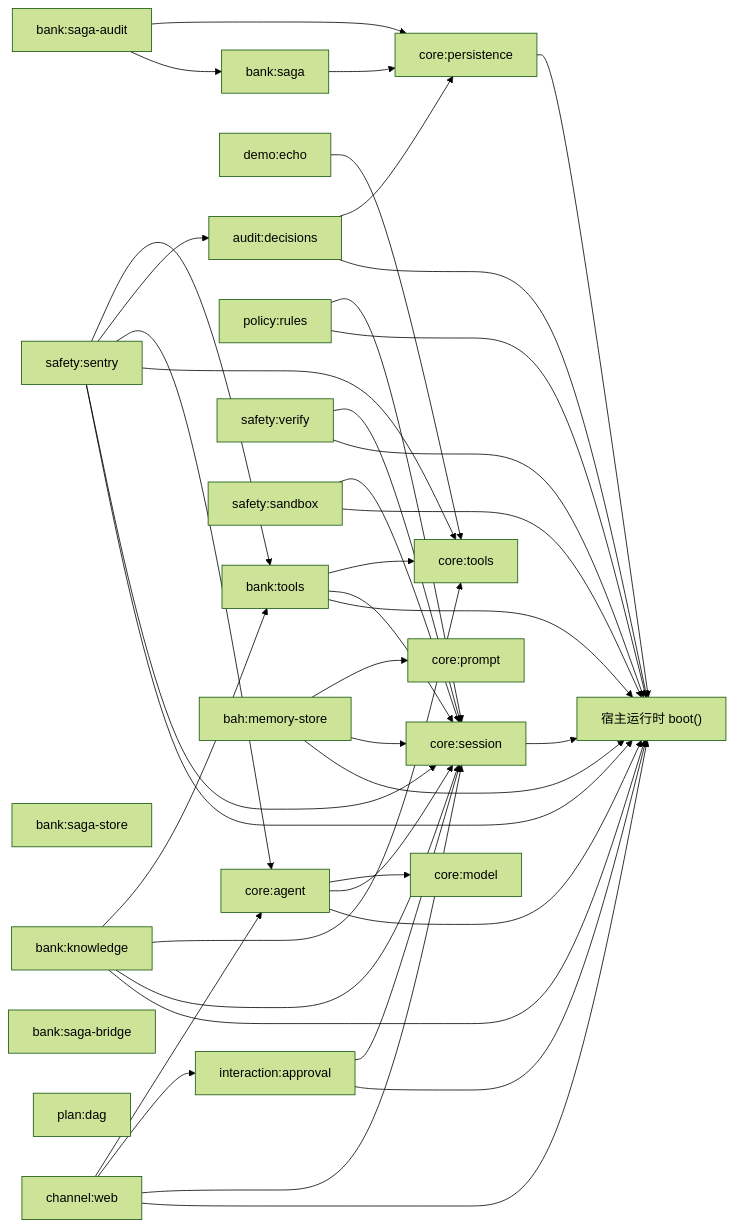
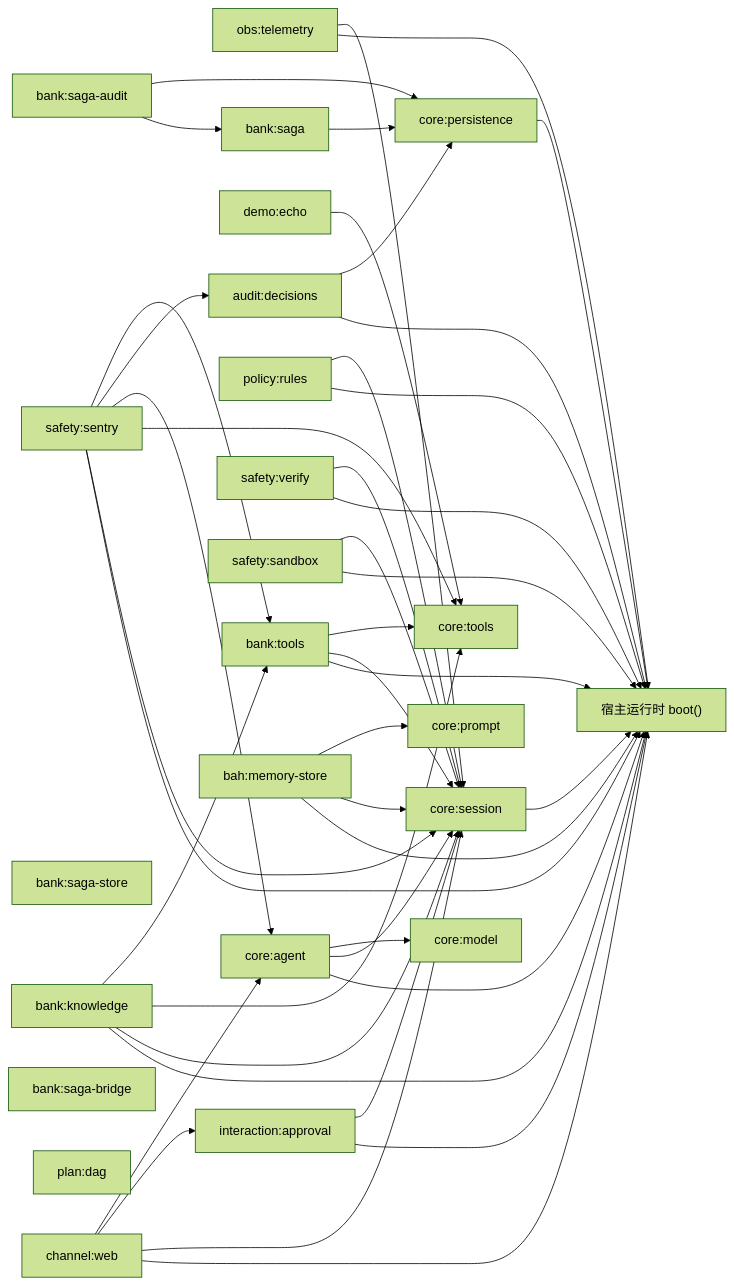
One commit to YYYPROBEE/BAH changed the first of 2 diagrams in docs/architecture.md. Above: the diagram before and after it, drawn with Mermaid (forest theme). The commit also changed other lines of this file and 59 other files, not shown here.

````diff
--- a/docs/architecture.md
+++ b/docs/architecture.md
@@ -76,64 +76,67 @@
 ```mermaid
 graph LR
   p0["core:session"]
-  p1["core:tools"]
-  p2["core:prompt"]
-  p3["core:model"]
-  p4["core:agent"]
-  p5["core:persistence"]
-  p6["audit:decisions"]
-  p7["demo:echo"]
-  p8["bank:tools"]
-  p9["policy:rules"]
-  p10["bank:knowledge"]
-  p11["interaction:approval"]
-  p12["safety:sentry"]
-  p13["safety:verify"]
-  p14["safety:sandbox"]
-  p15["bank:saga-store"]
-  p16["bank:saga"]
-  p17["bank:saga-audit"]
-  p18["bank:saga-bridge"]
-  p19["plan:dag"]
-  p20["bah:memory-store"]
-  p21["channel:web"]
+  p1["obs:telemetry"]
+  p2["core:tools"]
+  p3["core:prompt"]
+  p4["core:model"]
+  p5["core:agent"]
+  p6["core:persistence"]
+  p7["audit:decisions"]
+  p8["demo:echo"]
+  p9["bank:tools"]
+  p10["policy:rules"]
+  p11["bank:knowledge"]
+  p12["interaction:approval"]
+  p13["safety:sentry"]
+  p14["safety:verify"]
+  p15["safety:sandbox"]
+  p16["bank:saga-store"]
+  p17["bank:saga"]
+  p18["bank:saga-audit"]
+  p19["bank:saga-bridge"]
+  p20["plan:dag"]
+  p21["bah:memory-store"]
+  p22["channel:web"]
   p0 --> host["宿主运行时 boot()"]
+  p1 --> host["宿主运行时 boot()"]
+  p1 --> p0
   p10 --> host["宿主运行时 boot()"]
   p10 --> p0
-  p10 --> p1
-  p10 --> p8
   p11 --> host["宿主运行时 boot()"]
   p11 --> p0
+  p11 --> p2
+  p11 --> p9
   p12 --> host["宿主运行时 boot()"]
   p12 --> p0
-  p12 --> p1
-  p12 --> p4
-  p12 --> p6
-  p12 --> p8
   p13 --> host["宿主运行时 boot()"]
   p13 --> p0
+  p13 --> p2
+  p13 --> p5
+  p13 --> p7
+  p13 --> p9
   p14 --> host["宿主运行时 boot()"]
   p14 --> p0
-  p16 --> p5
-  p17 --> p16
-  p17 --> p5
-  p20 --> host["宿主运行时 boot()"]
-  p20 --> p0
-  p20 --> p2
+  p15 --> host["宿主运行时 boot()"]
+  p15 --> p0
+  p17 --> p6
+  p18 --> p17
+  p18 --> p6
   p21 --> host["宿主运行时 boot()"]
   p21 --> p0
-  p21 --> p11
-  p21 --> p4
-  p4 --> host["宿主运行时 boot()"]
-  p4 --> p0
-  p4 --> p3
+  p21 --> p3
+  p22 --> host["宿主运行时 boot()"]
+  p22 --> p0
+  p22 --> p12
+  p22 --> p5
   p5 --> host["宿主运行时 boot()"]
+  p5 --> p0
+  p5 --> p4
   p6 --> host["宿主运行时 boot()"]
-  p6 --> p5
-  p7 --> p1
-  p8 --> host["宿主运行时 boot()"]
-  p8 --> p0
-  p8 --> p1
+  p7 --> host["宿主运行时 boot()"]
+  p7 --> p6
+  p8 --> p2
   p9 --> host["宿主运行时 boot()"]
   p9 --> p0
+  p9 --> p2
 ```
````
